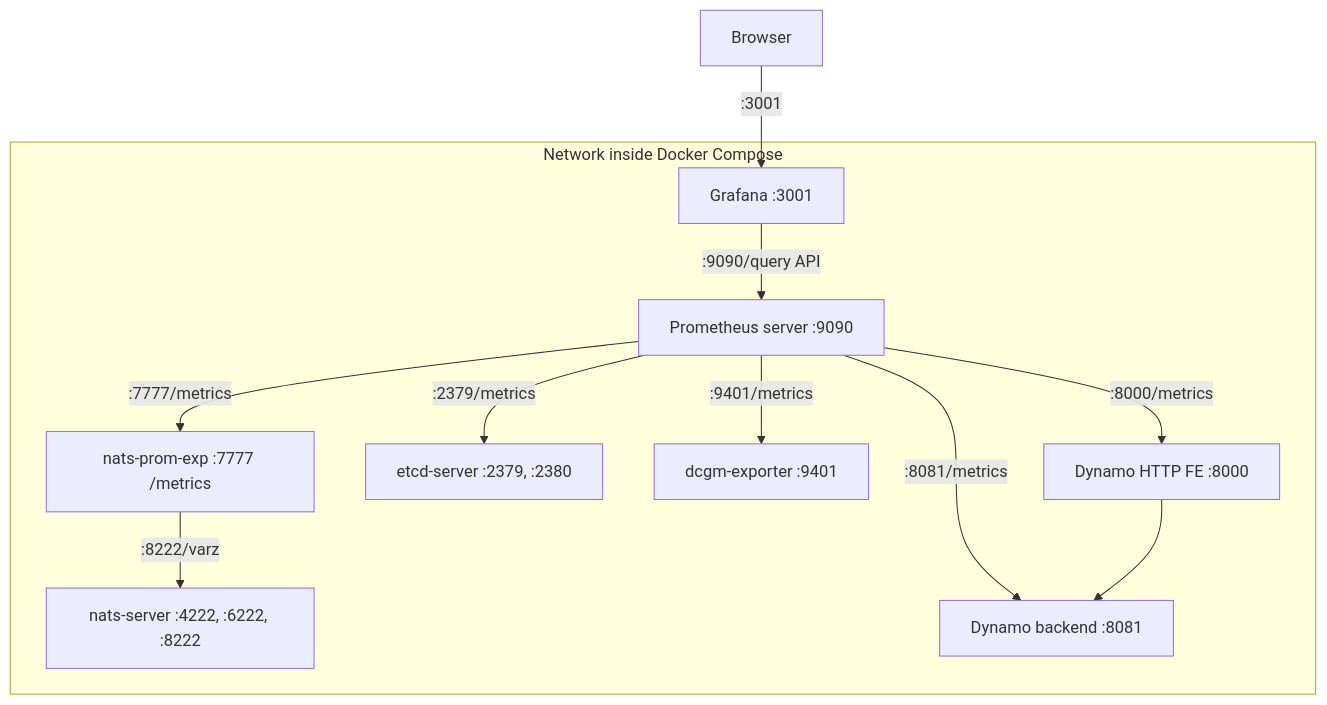
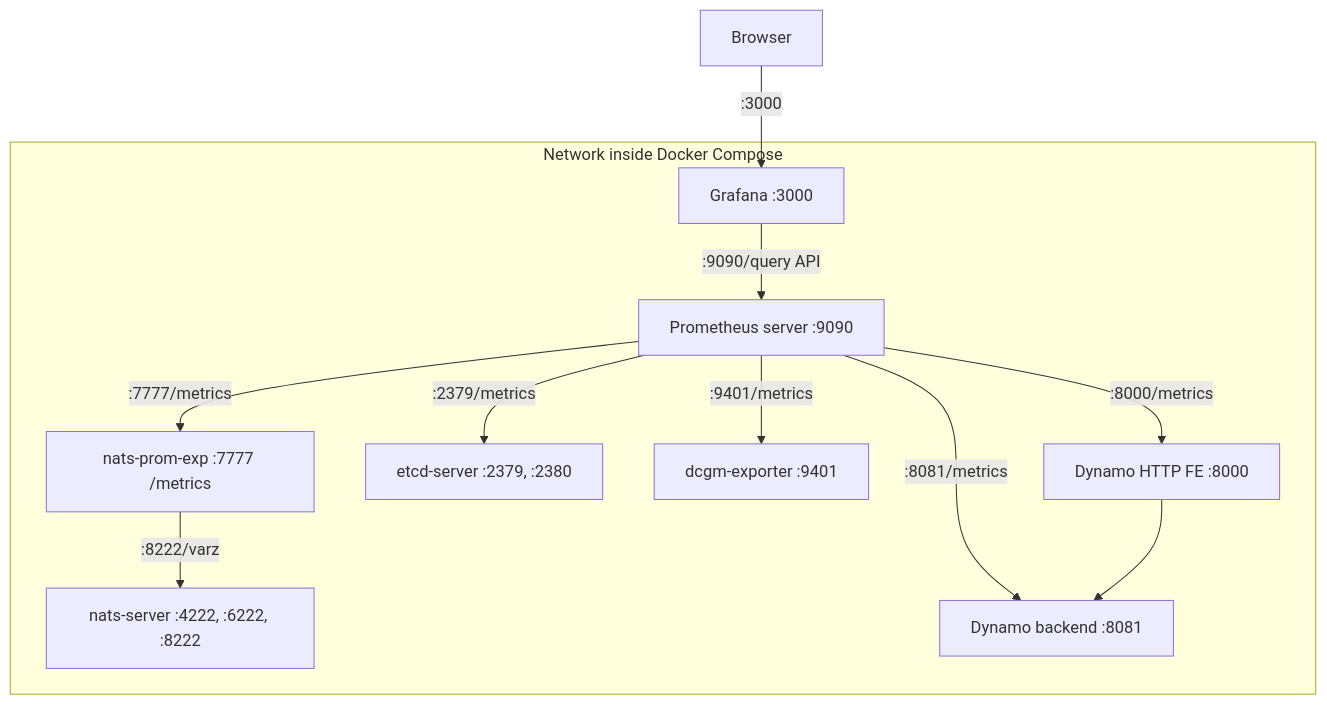
Before and after one commit to ai-dynamo/dynamo: the diagram in docs/observability/prometheus-grafana.md, drawn with Mermaid. The commit also changed other lines of this file and 12 other files, not shown here.

````diff
--- a/docs/observability/prometheus-grafana.md
+++ b/docs/observability/prometheus-grafana.md
@@ -18,14 +91,14 @@
 ```mermaid
 graph TD
-    BROWSER[Browser] -->|:3001| GRAFANA[Grafana :3001]
+    BROWSER[Browser] -->|:3000| GRAFANA[Grafana :3000]
     subgraph DockerComposeNetwork [Network inside Docker Compose]
         NATS_PROM_EXP[nats-prom-exp :7777 /metrics] -->|:8222/varz| NATS_SERVER[nats-server :4222, :6222, :8222]
         PROMETHEUS[Prometheus server :9090] -->|:2379/metrics| ETCD_SERVER[etcd-server :2379, :2380]
         PROMETHEUS -->|:9401/metrics| DCGM_EXPORTER[dcgm-exporter :9401]
         PROMETHEUS -->|:7777/metrics| NATS_PROM_EXP
         PROMETHEUS -->|:8000/metrics| DYNAMOFE[Dynamo HTTP FE :8000]
         PROMETHEUS -->|:8081/metrics| DYNAMOBACKEND[Dynamo backend :8081]
         DYNAMOFE --> DYNAMOBACKEND
         GRAFANA -->|:9090/query API| PROMETHEUS
     end
 ```
````
